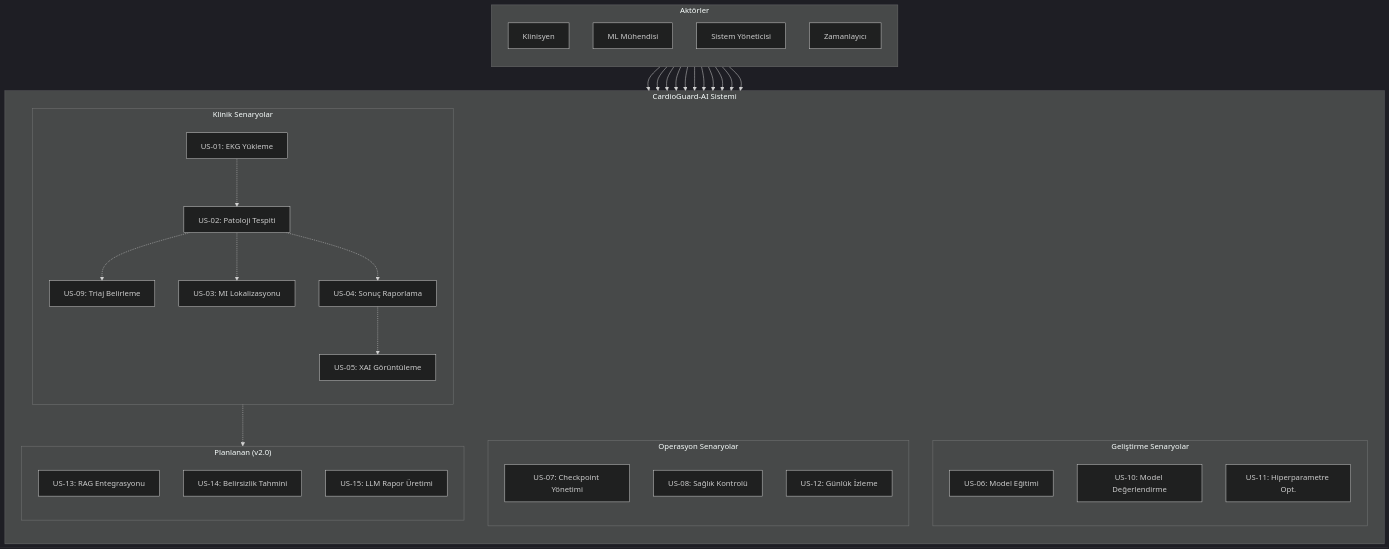
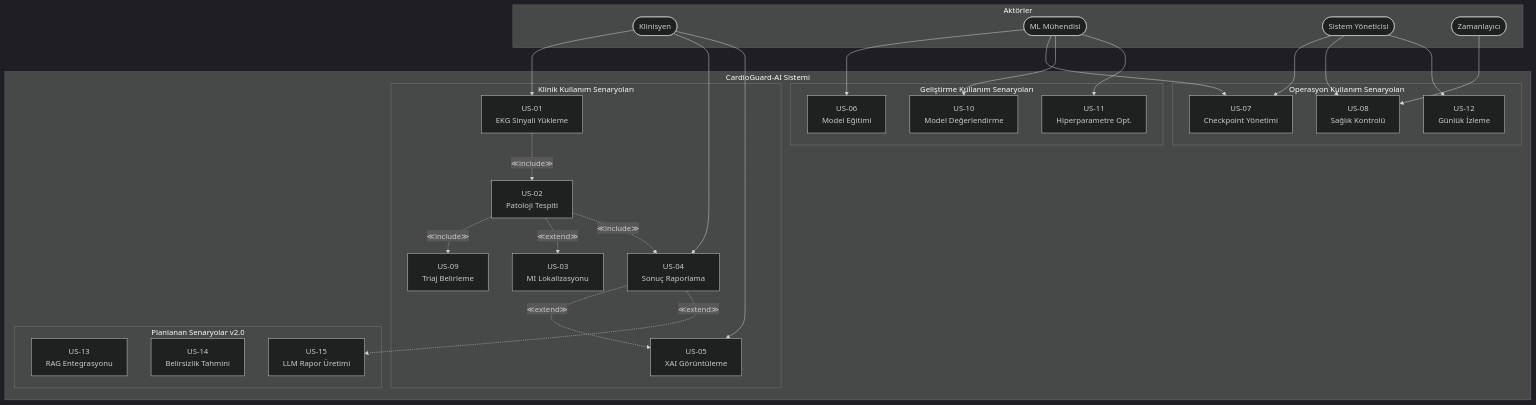
One commit to mUsaulug/CardioGuard-AI changed the diagram in docs/diagrams/02_use_case_diagram.md. Above: the diagram before and after it, drawn with Mermaid (dark theme). The commit also changed other lines of this file and 3 other files, not shown here.

````diff
--- a/docs/diagrams/02_use_case_diagram.md
+++ b/docs/diagrams/02_use_case_diagram.md
@@ -16,67 +36,60 @@
 ```mermaid
 graph TD
     subgraph Aktorler["Aktörler"]
-        direction TB
-        A1["Klinisyen"]
-        A2["ML Mühendisi"]
-        A3["Sistem Yöneticisi"]
-        A4["Zamanlayıcı"]
+        A1(["Klinisyen"])
+        A2(["ML Mühendisi"])
+        A3(["Sistem Yöneticisi"])
+        A4(["Zamanlayıcı"])
     end
     
     subgraph Sistem["CardioGuard-AI Sistemi"]
-        direction TB
-        
-        subgraph Klinik["Klinik Senaryolar"]
-            direction TB
-            UC1["US-01: EKG Yükleme"]
-            UC2["US-02: Patoloji Tespiti"]
-            UC3["US-03: MI Lokalizasyonu"]
-            UC4["US-04: Sonuç Raporlama"]
-            UC5["US-05: XAI Görüntüleme"]
-            UC9["US-09: Triaj Belirleme"]
+        subgraph Klinik["Klinik Kullanım Senaryoları"]
+            UC1["US-01<br/>EKG Sinyali Yükleme"]
+            UC2["US-02<br/>Patoloji Tespiti"]
+            UC3["US-03<br/>MI Lokalizasyonu"]
+            UC4["US-04<br/>Sonuç Raporlama"]
+            UC5["US-05<br/>XAI Görüntüleme"]
+            UC9["US-09<br/>Triaj Belirleme"]
         end
         
-        subgraph Gelistirme["Geliştirme Senaryolar"]
-            direction TB
-            UC6["US-06: Model Eğitimi"]
-            UC10["US-10: Model Değerlendirme"]
-            UC11["US-11: Hiperparametre Opt."]
+        subgraph Gelistirme["Geliştirme Kullanım Senaryoları"]
+            UC6["US-06<br/>Model Eğitimi"]
+            UC10["US-10<br/>Model Değerlendirme"]
+            UC11["US-11<br/>Hiperparametre Opt."]
         end
         
-        subgraph Operasyon["Operasyon Senaryolar"]
-            direction TB
-            UC7["US-07: Checkpoint Yönetimi"]
-            UC8["US-08: Sağlık Kontrolü"]
-            UC12["US-12: Günlük İzleme"]
+        subgraph Operasyon["Operasyon Kullanım Senaryoları"]
+            UC7["US-07<br/>Checkpoint Yönetimi"]
+            UC8["US-08<br/>Sağlık Kontrolü"]
+            UC12["US-12<br/>Günlük İzleme"]
         end
         
-        subgraph Planlanan["Planlanan (v2.0)"]
-            direction TB
-            UC13["US-13: RAG Entegrasyonu"]
-            UC14["US-14: Belirsizlik Tahmini"]
-            UC15["US-15: LLM Rapor Üretimi"]
+        subgraph Planlanan["Planlanan Senaryolar v2.0"]
+            UC13["US-13<br/>RAG Entegrasyonu"]
+            UC14["US-14<br/>Belirsizlik Tahmini"]
+            UC15["US-15<br/>LLM Rapor Üretimi"]
         end
     end
     
     A1 --> UC1
     A1 --> UC4
     A1 --> UC5
     
     A2 --> UC6
     A2 --> UC7
     A2 --> UC10
     A2 --> UC11
     
     A3 --> UC7
     A3 --> UC8
     A3 --> UC12
     
     A4 --> UC8
     
-    UC1 -.-> UC2
-    UC2 -.-> UC9
-    UC2 -.-> UC3
-    UC2 -.-> UC4
-    UC4 -.-> UC5
-    UC4 -.-> UC15
+    UC1 -.->|≪include≫| UC2
+    UC2 -.->|≪include≫| UC9
+    UC2 -.->|≪extend≫| UC3
+    UC2 -.->|≪include≫| UC4
+    UC4 -.->|≪extend≫| UC5
+    UC4 -.->|≪extend≫| UC15
 ```
````
